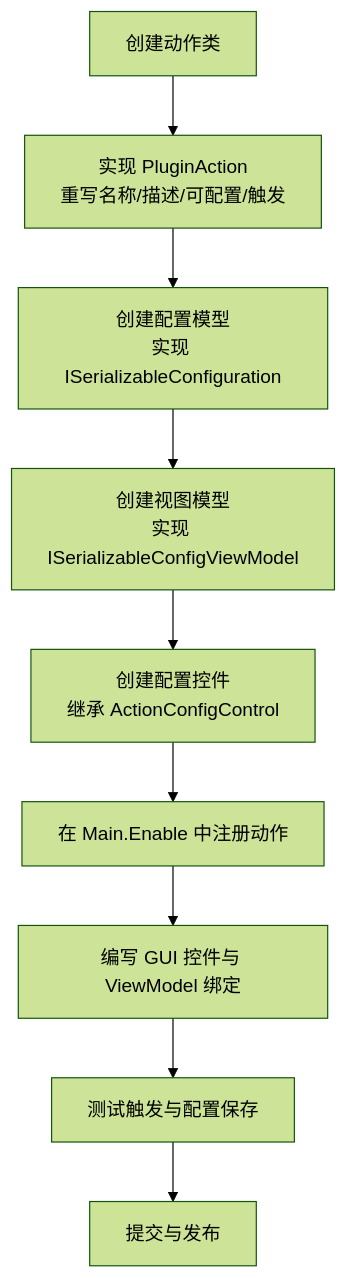
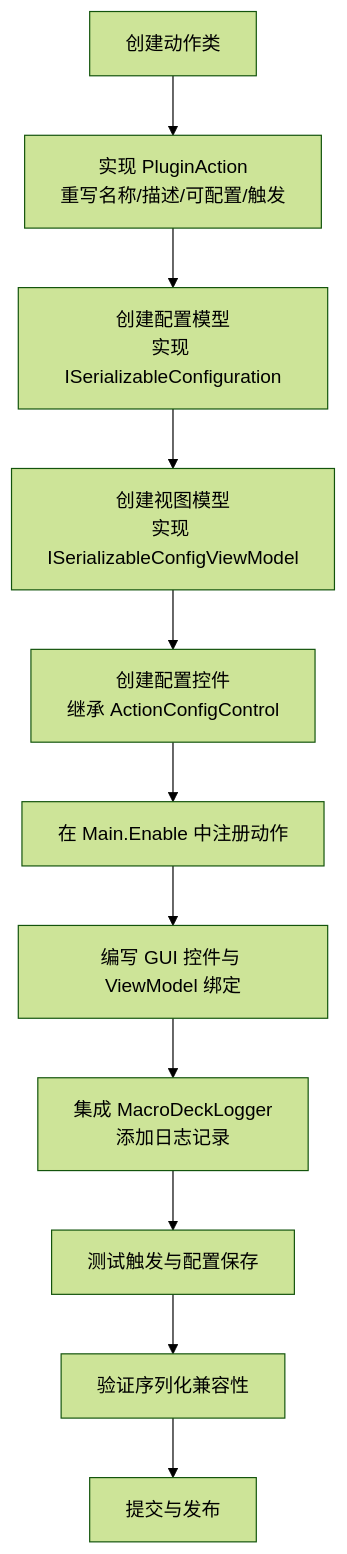
The fourth of 5 diagrams in .qoder/repowiki/zh/content/开发者指南/开发者指南.md (tea4go/Macro-Deck-Windows-Utils-Plugin), drawn with Mermaid (forest theme) before and after one commit. The commit also changed other lines of this file and 30 other files, not shown here.

First line of the commit message:
chore(documentation): 更新 Macro Deck Windows 插件文档与插件索引信息

````diff
--- a/.qoder/repowiki/zh/content/开发者指南/开发者指南.md
+++ b/.qoder/repowiki/zh/content/开发者指南/开发者指南.md
@@ -225,11 +273,13 @@
 ```mermaid
 flowchart TD
 A["创建动作类"] --> B["实现 PluginAction<br/>重写名称/描述/可配置/触发"]
 B --> C["创建配置模型<br/>实现 ISerializableConfiguration"]
 C --> D["创建视图模型<br/>实现 ISerializableConfigViewModel"]
 D --> E["创建配置控件<br/>继承 ActionConfigControl"]
 E --> F["在 Main.Enable 中注册动作"]
 F --> G["编写 GUI 控件与 ViewModel 绑定"]
-G --> H["测试触发与配置保存"]
-H --> I["提交与发布"]
+G --> H["集成 MacroDeckLogger<br/>添加日志记录"]
+H --> I["测试触发与配置保存"]
+I --> J["验证序列化兼容性"]
+J --> K["提交与发布"]
 ```
````
